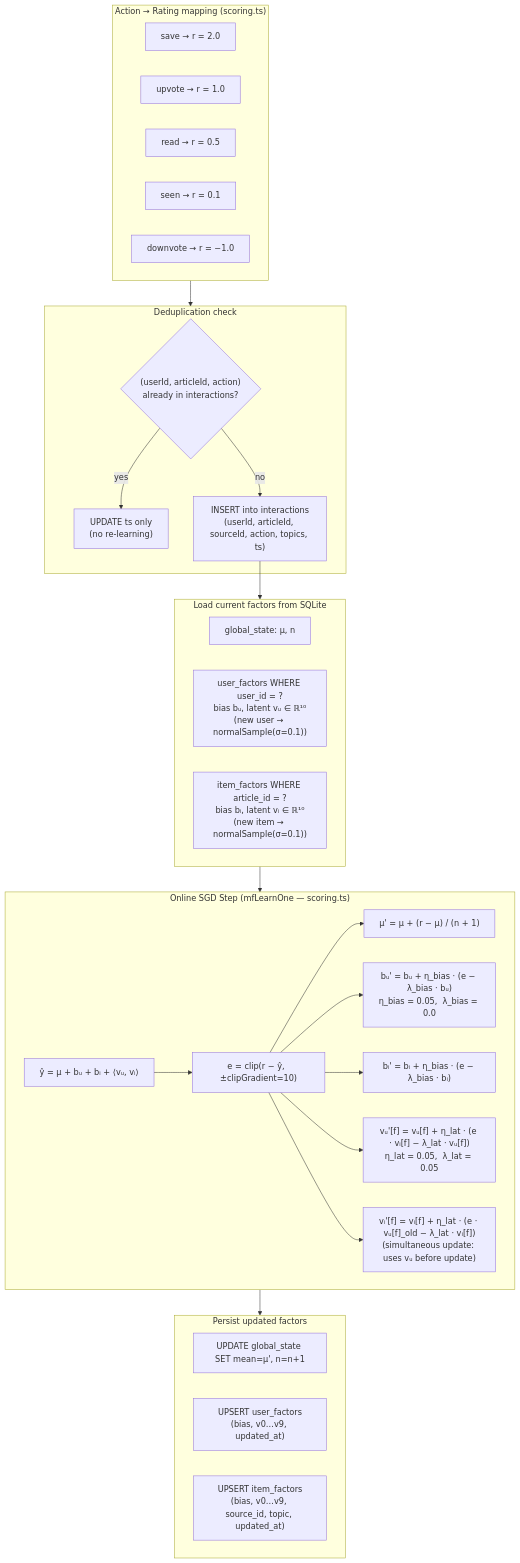
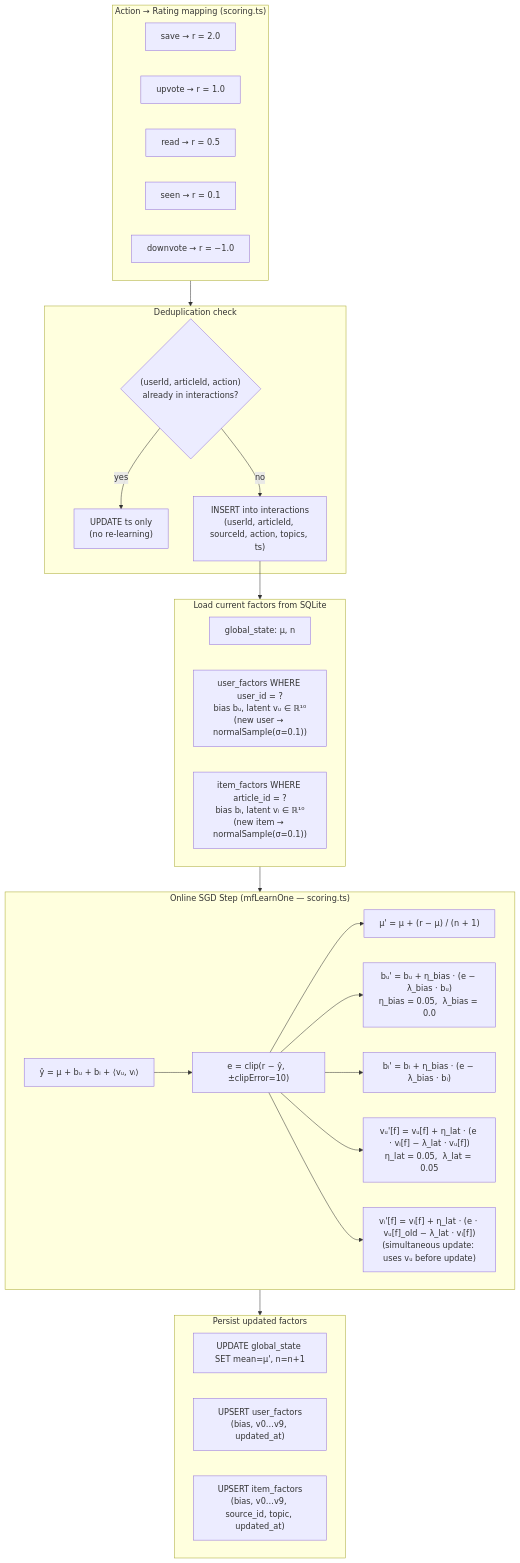
The second of 5 diagrams in docs/scoring/data-flow.md (victusfate/boomerang), drawn with Mermaid before and after one commit. The commit also changed other lines of this file and 18 other files, not shown here.

````diff
--- a/docs/scoring/data-flow.md
+++ b/docs/scoring/data-flow.md
@@ -47,47 +47,47 @@
 ```mermaid
 flowchart TD
     subgraph ActionRatings["Action → Rating mapping (scoring.ts)"]
         R_SAVE["save     → r = 2.0"]
         R_UP["upvote   → r = 1.0"]
         R_READ["read     → r = 0.5"]
         R_SEEN["seen     → r = 0.1"]
         R_DOWN["downvote → r = −1.0"]
     end
 
     subgraph Dedup["Deduplication check"]
         DEDUP{"(userId, articleId, action)\nalready in interactions?"}
         SKIP["UPDATE ts only\n(no re-learning)"]
         INSERT["INSERT into interactions\n(userId, articleId, sourceId, action, topics, ts)"]
         DEDUP -->|yes| SKIP
         DEDUP -->|no| INSERT
     end
 
     subgraph LoadFactors["Load current factors from SQLite"]
         LOAD_GS["global_state: μ, n"]
         LOAD_U["user_factors WHERE user_id = ?\nbias bᵤ, latent vᵤ ∈ ℝ¹⁰\n(new user → normalSample(σ=0.1))"]
         LOAD_I["item_factors WHERE article_id = ?\nbias bᵢ, latent vᵢ ∈ ℝ¹⁰\n(new item → normalSample(σ=0.1))"]
     end
 
     subgraph SGD["Online SGD Step (mfLearnOne — scoring.ts)"]
         PREDICT["ŷ = μ + bᵤ + bᵢ + ⟨vᵤ, vᵢ⟩"]
-        ERROR["e = clip(r − ŷ,  ±clipGradient=10)"]
+        ERROR["e = clip(r − ŷ,  ±clipError=10)"]
         UPD_MEAN["μ' = μ + (r − μ) / (n + 1)"]
         UPD_BU["bᵤ' = bᵤ + η_bias · (e − λ_bias · bᵤ)\nη_bias = 0.05,  λ_bias = 0.0"]
         UPD_BI["bᵢ' = bᵢ + η_bias · (e − λ_bias · bᵢ)"]
         UPD_VU["vᵤ'[f] = vᵤ[f] + η_lat · (e · vᵢ[f] − λ_lat · vᵤ[f])\nη_lat = 0.05,  λ_lat = 0.05"]
         UPD_VI["vᵢ'[f] = vᵢ[f] + η_lat · (e · vᵤ[f]_old − λ_lat · vᵢ[f])\n(simultaneous update: uses vᵤ before update)"]
         PREDICT --> ERROR
         ERROR --> UPD_MEAN & UPD_BU & UPD_BI & UPD_VU & UPD_VI
     end
 
     subgraph Persist["Persist updated factors"]
         WRITE_GS["UPDATE global_state SET mean=μ', n=n+1"]
         WRITE_U["UPSERT user_factors\n(bias, v0…v9, updated_at)"]
         WRITE_I["UPSERT item_factors\n(bias, v0…v9, source_id, topic, updated_at)"]
     end
 
     ActionRatings --> Dedup
     INSERT --> LoadFactors
     LoadFactors --> SGD
     SGD --> Persist
 ```
````
